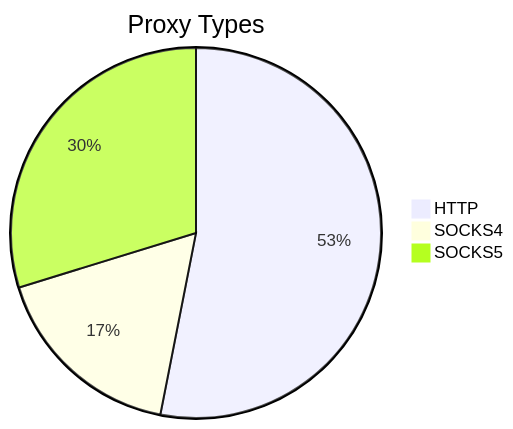
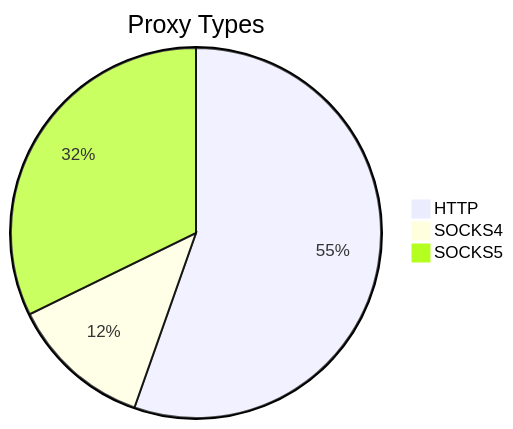
The first of 2 diagrams in README.md (stormsia/proxy-list), drawn with Mermaid before and after one commit. The commit also changed other lines of this file, not shown here.

````diff
--- a/README.md
+++ b/README.md
@@ -21,6 +21,6 @@
 ```mermaid
 pie title Proxy Types
-    "HTTP" : 430
-    "SOCKS4" : 139
-    "SOCKS5" : 241
+    "HTTP" : 421
+    "SOCKS4" : 94
+    "SOCKS5" : 245
 ```
````
